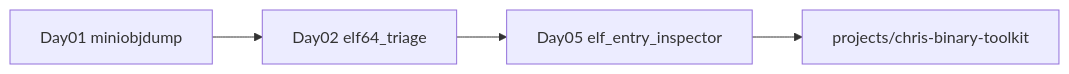
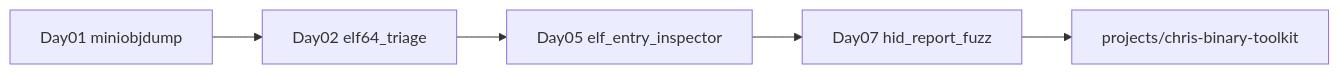
Before and after one commit to christianrss/chris-low-level: the second of 11 diagrams in docs/LEARNING_PATHS.md, drawn with Mermaid. The commit also changed other lines of this file and 369 other files, not shown here.

````diff
--- a/docs/LEARNING_PATHS.md
+++ b/docs/LEARNING_PATHS.md
@@ -29,6 +29,7 @@
 ```mermaid
 flowchart LR
   mini[Day01 miniobjdump] --> triage[Day02 elf64_triage]
-  triage --> entry[Day05 elf_entry_inspector]
-  entry --> capstone[projects/chris-binary-toolkit]
+  triage -->   entry[Day05 elf_entry_inspector]
+  entry --> hidfuzz[Day07 hid_report_fuzz]
+  hidfuzz --> capstone[projects/chris-binary-toolkit]
 ```
````
